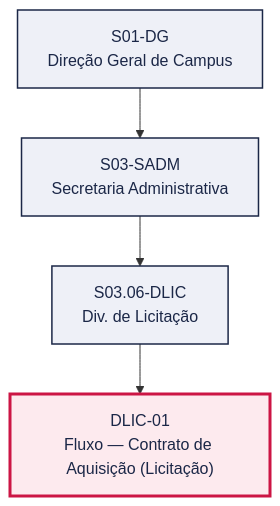
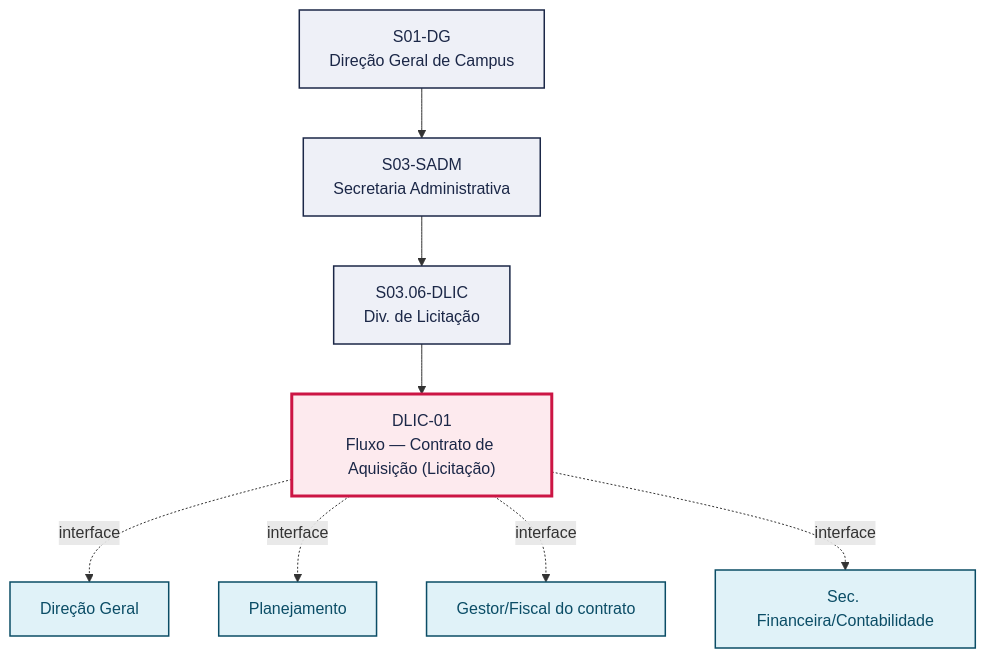
The first of 2 diagrams in pops/DLIC/DLIC-01.md (jessefers/canvas-vivo-atdg), drawn with Mermaid before and after one commit. The commit also changed other lines of this file and 9 other files, not shown here.

````diff
--- a/pops/DLIC/DLIC-01.md
+++ b/pops/DLIC/DLIC-01.md
@@ -49,15 +52,24 @@
 ```mermaid
 graph TD
   S01_DG["S01-DG<br/>Direção Geral de Campus"]
   S03_SADM["S03-SADM<br/>Secretaria Administrativa"]
   S01_DG --> S03_SADM
   S03_06_DLIC["S03.06-DLIC<br/>Div. de Licitação"]
   S03_SADM --> S03_06_DLIC
   P["DLIC-01<br/>Fluxo — Contrato de Aquisição (Licitação)"]
   S03_06_DLIC --> P
+  V1["Direção Geral"]
+  P -. interface .-> V1
+  V2["Planejamento"]
+  P -. interface .-> V2
+  V3["Gestor/Fiscal do contrato"]
+  P -. interface .-> V3
+  V4["Sec. Financeira/Contabilidade"]
+  P -. interface .-> V4
   classDef setor fill:#EEF0F7,stroke:#1B2747,stroke-width:1.5px,color:#1B2747
   classDef destaque fill:#FDEAEE,stroke:#CC1544,stroke-width:3px,color:#1B2747
   classDef vizinho fill:#E0F2F8,stroke:#0B4D66,stroke-width:1.5px,color:#0B4D66
   class S01_DG,S03_SADM,S03_06_DLIC setor
   class P destaque
+  class V1,V2,V3,V4 vizinho
 ```
````
